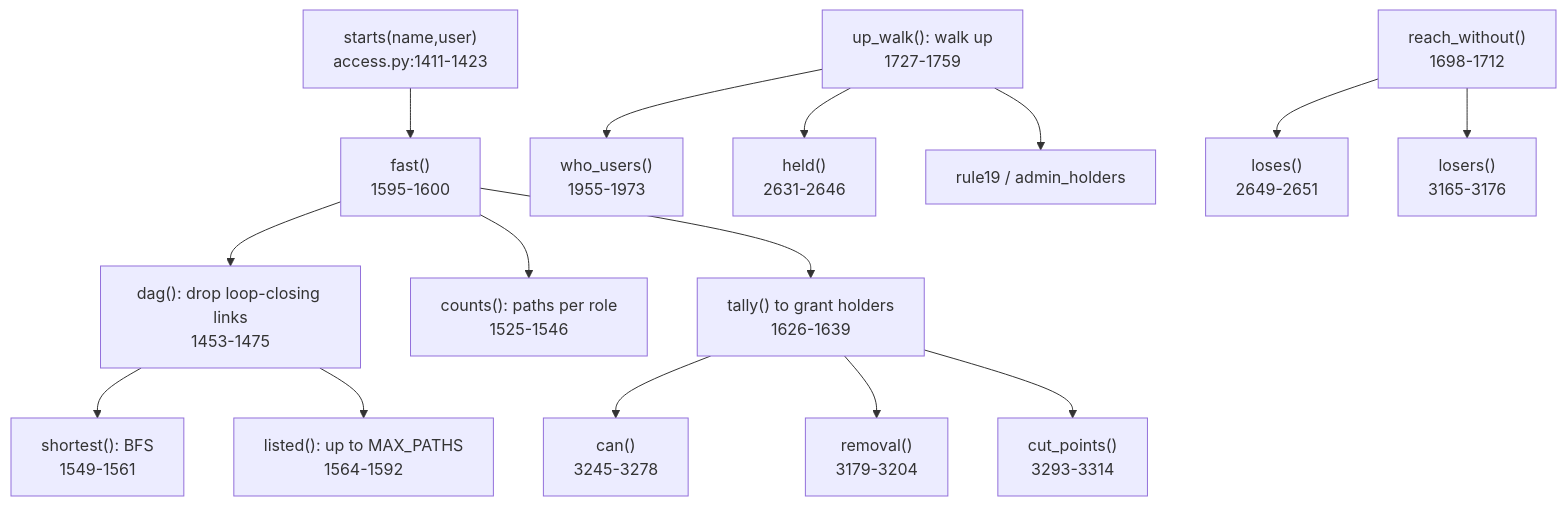
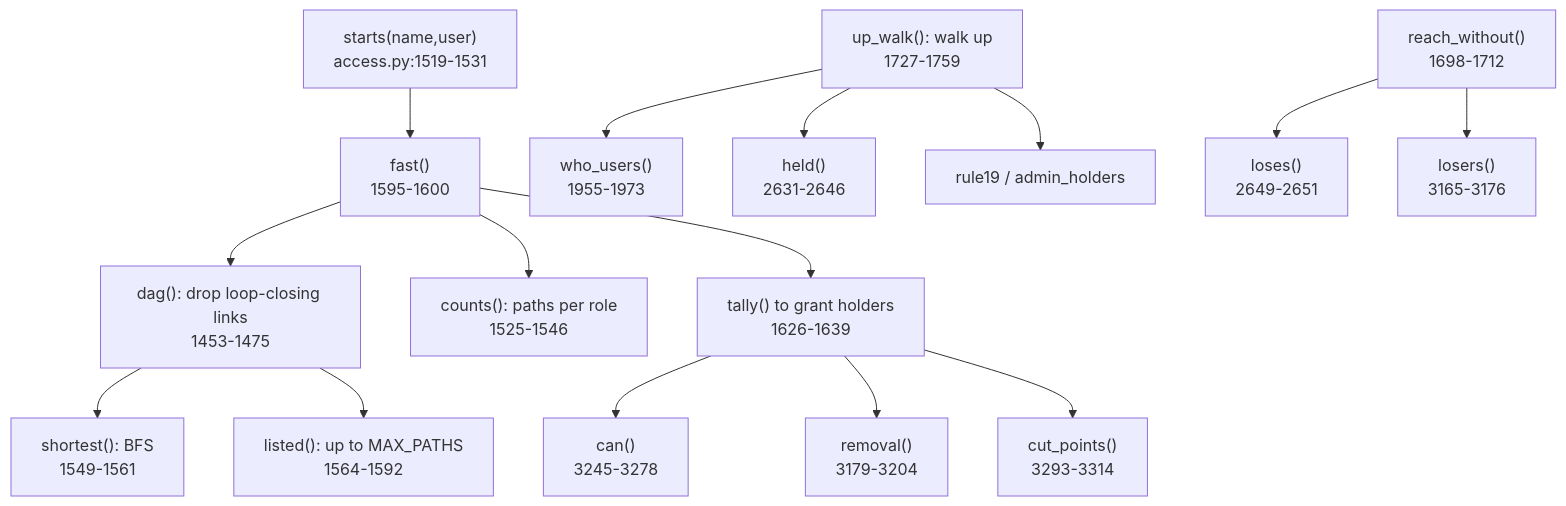
The diagram in snowflake-access-explorer-knowledge-graph/logic/walks.md (darshanmeel/snowflake-access-explorer), drawn with Mermaid before and after one commit. The commit also changed other lines of this file and 106 other files, not shown here.

First line of the commit message:
Docs and knowledge graph for Activity; setup verify expects 11 tables

````diff
--- a/snowflake-access-explorer-knowledge-graph/logic/walks.md
+++ b/snowflake-access-explorer-knowledge-graph/logic/walks.md
@@ -5,17 +6,17 @@
 ```mermaid
 flowchart TD
-  ST["starts(name,user)<br/>access.py:1411-1423"] --> FA["fast()<br/>1595-1600"]
+  ST["starts(name,user)<br/>access.py:1519-1531"] --> FA["fast()<br/>1595-1600"]
   FA --> DAG["dag(): drop loop-closing links<br/>1453-1475"]
   FA --> CNT["counts(): paths per role<br/>1525-1546"]
   DAG --> SH["shortest(): BFS<br/>1549-1561"]
   DAG --> LI["listed(): up to MAX_PATHS<br/>1564-1592"]
   FA --> TA["tally() to grant holders<br/>1626-1639"]
   TA --> CAN["can()<br/>3245-3278"]
   TA --> REM["removal()<br/>3179-3204"]
   TA --> CUT["cut_points()<br/>3293-3314"]
   UW["up_walk(): walk up<br/>1727-1759"] --> WU["who_users()<br/>1955-1973"]
   UW --> HE["held()<br/>2631-2646"]
   UW --> R19["rule19 / admin_holders"]
   RW["reach_without()<br/>1698-1712"] --> LO["loses()<br/>2649-2651"]
   RW --> LS["losers()<br/>3165-3176"]
 ```
````
